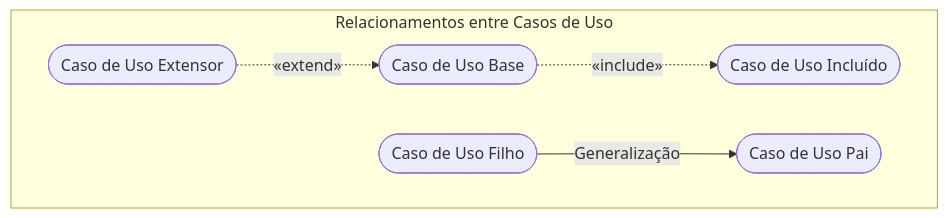
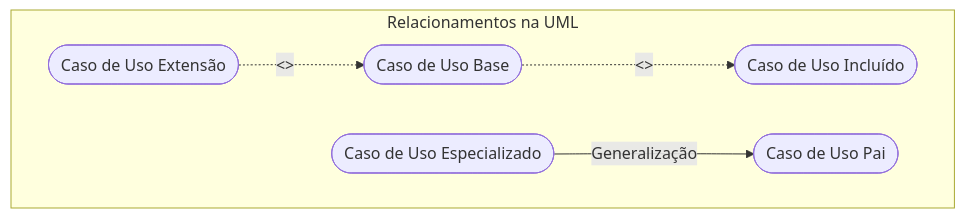
Before and after one commit to murilolol/unifef: diagram 11 of 25 in 4º Semestre/[Prof. Wesley Soares] Engenharia de Software II/Resumos-IA/Caderno-Consolidado.md, drawn with Mermaid. The commit also changed other lines of this file and 18 other files, not shown here.

````diff
--- a/4º Semestre/[Prof. Wesley Soares] Engenharia de Software II/Resumos-IA/Caderno-Consolidado.md
+++ b/4º Semestre/[Prof. Wesley Soares] Engenharia de Software II/Resumos-IA/Caderno-Consolidado.md
@@ -526,14 +555,14 @@
 ```mermaid
 flowchart TD
-    subgraph FronteiraUML["Relacionamentos entre Casos de Uso"]
+    subgraph Relacionamentos["Relacionamentos na UML"]
         Base(["Caso de Uso Base"])
         Inc(["Caso de Uso Incluído"])
-        Ext(["Caso de Uso Extensor"])
+        Ext(["Caso de Uso Extensão"])
         Pai(["Caso de Uso Pai"])
-        Filho(["Caso de Uso Filho"])
+        Filho(["Caso de Uso Especializado"])
 
-        Base -.->|"«include»"| Inc
-        Ext -.->|"«extend»"| Base
+        Base -.->|"<<include>>"| Inc
+        Ext -.->|"<<extend>>"| Base
         Filho -->|"Generalização"| Pai
     end
 ```
````
